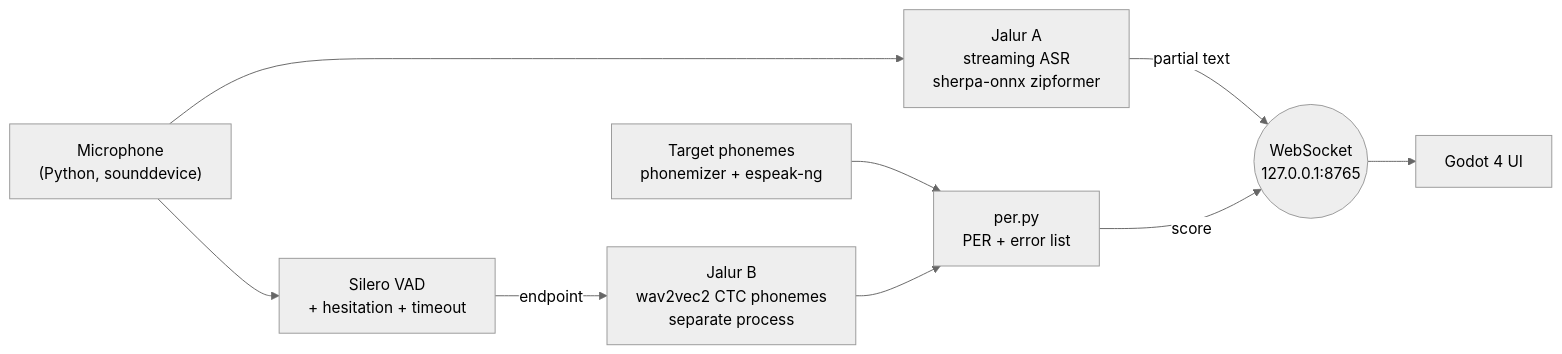
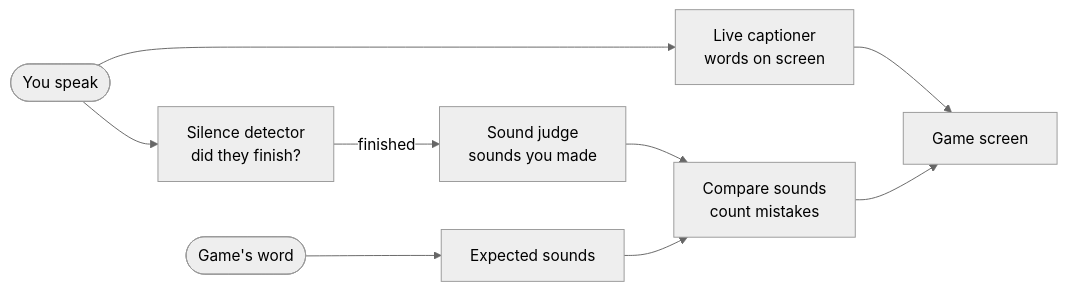
One commit to ddrlve/SpellSpeak changed the diagram in README.md. Above: the diagram before and after it, drawn with Mermaid (neutral theme). The commit also changed other lines of this file and 1 other file, not shown here.

````diff
--- a/README.md
+++ b/README.md
@@ -34,11 +56,11 @@
 ```mermaid
 flowchart LR
-  Mic["Microphone<br/>(Python, sounddevice)"] --> A["Jalur A<br/>streaming ASR<br/>sherpa-onnx zipformer"]
-  Mic --> VAD["Silero VAD<br/>+ hesitation + timeout"]
-  VAD -- endpoint --> B["Jalur B<br/>wav2vec2 CTC phonemes<br/>separate process"]
-  T["Target phonemes<br/>phonemizer + espeak-ng"] --> PER["per.py<br/>PER + error list"]
-  B --> PER
-  A -- partial text --> WS(("WebSocket<br/>127.0.0.1:8765"))
-  PER -- score --> WS
-  WS --> UI["Godot 4 UI"]
+  You(["You speak"]) --> Cap["Live captioner<br/>words on screen"]
+  You --> Sil["Silence detector<br/>did they finish?"]
+  Sil -- "finished" --> Judge["Sound judge<br/>sounds you made"]
+  Word(["Game's word"]) --> Exp["Expected sounds"]
+  Judge --> Cmp["Compare sounds<br/>count mistakes"]
+  Exp --> Cmp
+  Cap --> Screen["Game screen"]
+  Cmp --> Screen
 ```
````
